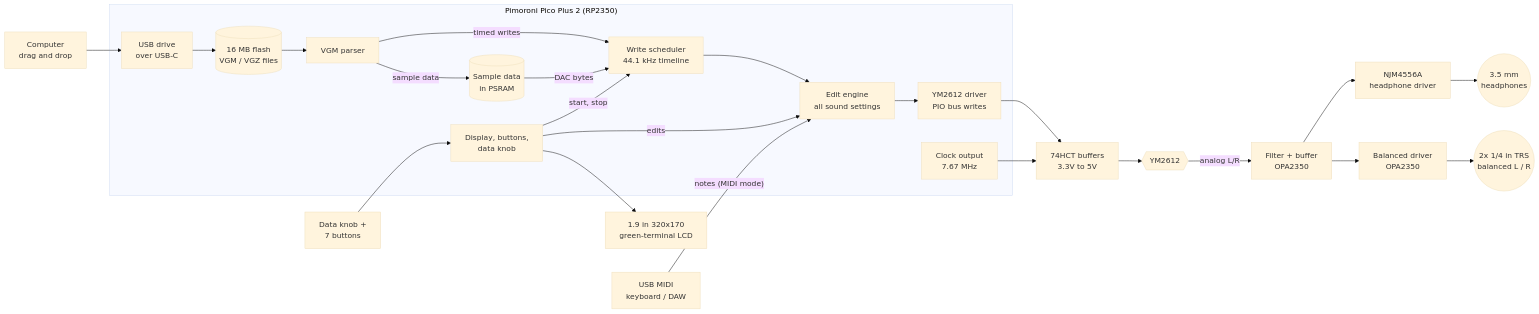
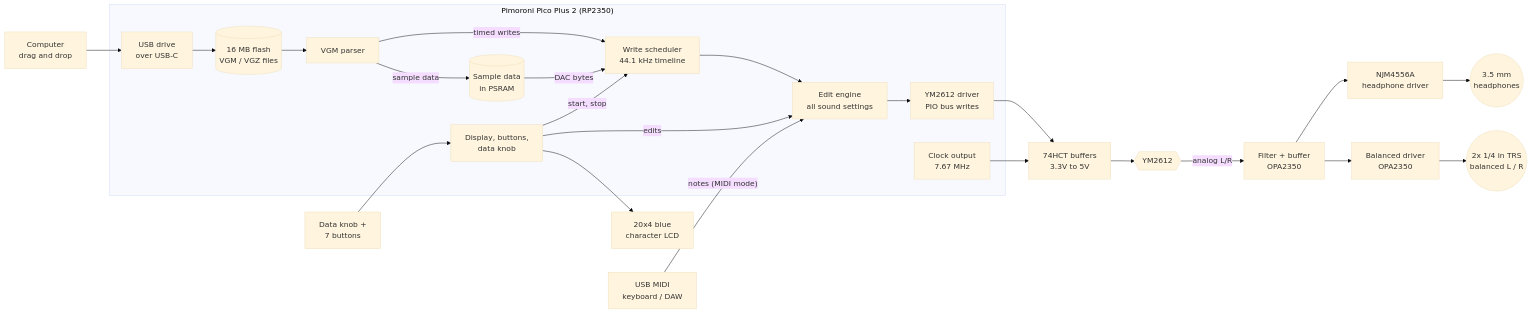
The diagram in docs/DESIGN.md (ctrlvlts-000/Vintage-Sound-Chip-Player), drawn with Mermaid (base theme) before and after one commit. The commit also changed other lines of this file, not shown here.

First line of the commit message:
Fold in the Chip Box spec: 20x4 blue LCD, authoring tools, lit window

````diff
--- a/docs/DESIGN.md
+++ b/docs/DESIGN.md
@@ -217,42 +226,42 @@
 ```mermaid
 flowchart LR
     PC[Computer<br/>drag and drop]
 
     subgraph PICO["Pimoroni Pico Plus 2 (RP2350)"]
         USB[USB drive<br/>over USB-C]
         FLASH[(16 MB flash<br/>VGM / VGZ files)]
         PARSE[VGM parser]
         PCM[(Sample data<br/>in PSRAM)]
         SCHED[Write scheduler<br/>44.1 kHz timeline]
         DRV[YM2612 driver<br/>PIO bus writes]
         CLKGEN[Clock output<br/>7.67 MHz]
         UI[Display, buttons,<br/>data knob]
         SYN[Edit engine<br/>all sound settings]
     end
 
     BUF[74HCT buffers<br/>3.3V to 5V]
     YM{{YM2612}}
     FILT[Filter + buffer<br/>OPA2350]
     AMP[NJM4556A<br/>headphone driver]
     JACK((3.5 mm<br/>headphones))
     BAL[Balanced driver<br/>OPA2350]
     TRS((2x 1/4 in TRS<br/>balanced L / R))
-    LCD[1.9 in 320x170<br/>green-terminal LCD]
+    LCD[20x4 blue<br/>character LCD]
     BTN[Data knob +<br/>7 buttons]
     MIDI[USB MIDI<br/>keyboard / DAW]
 
     PC --> USB --> FLASH --> PARSE
     PARSE -- "sample data" --> PCM
     PARSE -- "timed writes" --> SCHED
     PCM -- "DAC bytes" --> SCHED
     SCHED --> SYN --> DRV --> BUF --> YM
     UI -- "edits" --> SYN
     CLKGEN --> BUF
     YM -- "analog L/R" --> FILT
     FILT --> AMP --> JACK
     FILT --> BAL --> TRS
     BTN --> UI
     UI --> LCD
     UI -- "start, stop" --> SCHED
     MIDI -- "notes (MIDI mode)" --> SYN
 ```
````
